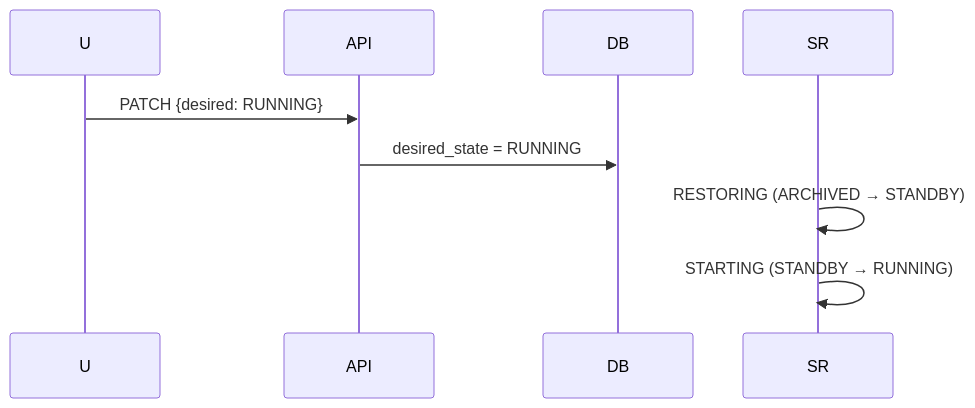
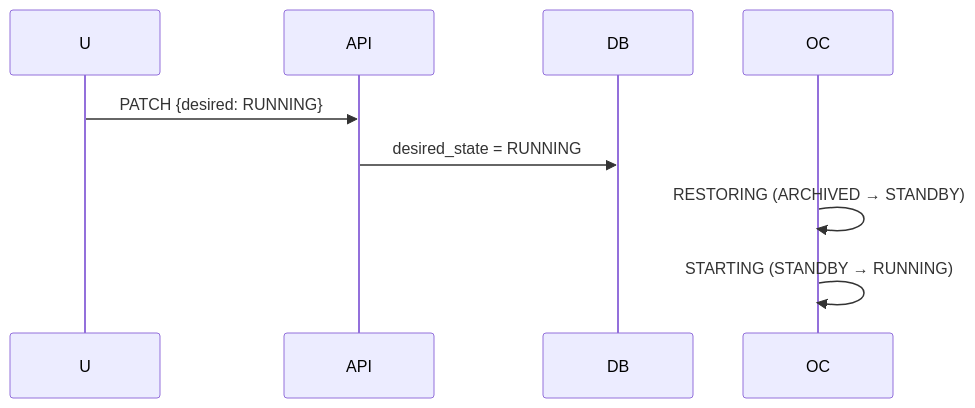
One commit to cagojeiger/code-hub changed the seventh of 7 diagrams in docs/spec_v2/02-states.md. Above: the diagram before and after it, drawn with Mermaid. The commit also changed other lines of this file and 6 other files, not shown here.

````diff
--- a/docs/spec_v2/02-states.md
+++ b/docs/spec_v2/02-states.md
@@ -307,7 +307,7 @@
 ```mermaid
 sequenceDiagram
     U->>API: PATCH {desired: RUNNING}
     API->>DB: desired_state = RUNNING
-    SR->>SR: RESTORING (ARCHIVED → STANDBY)
-    SR->>SR: STARTING (STANDBY → RUNNING)
+    OC->>OC: RESTORING (ARCHIVED → STANDBY)
+    OC->>OC: STARTING (STANDBY → RUNNING)
 ```
````
